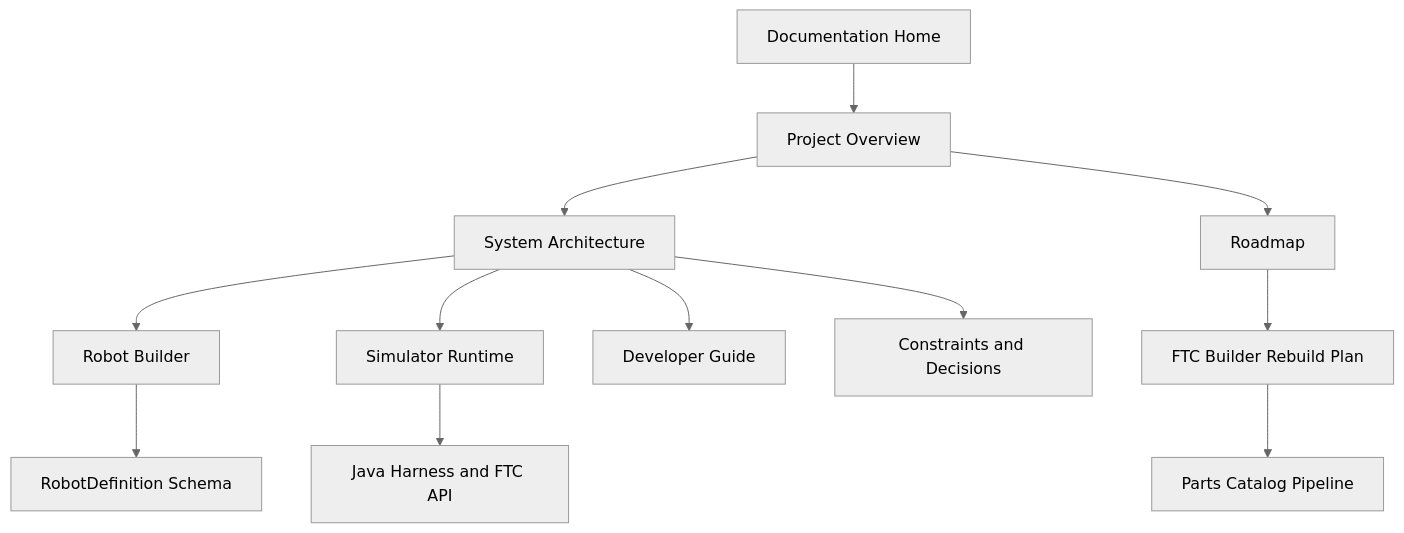
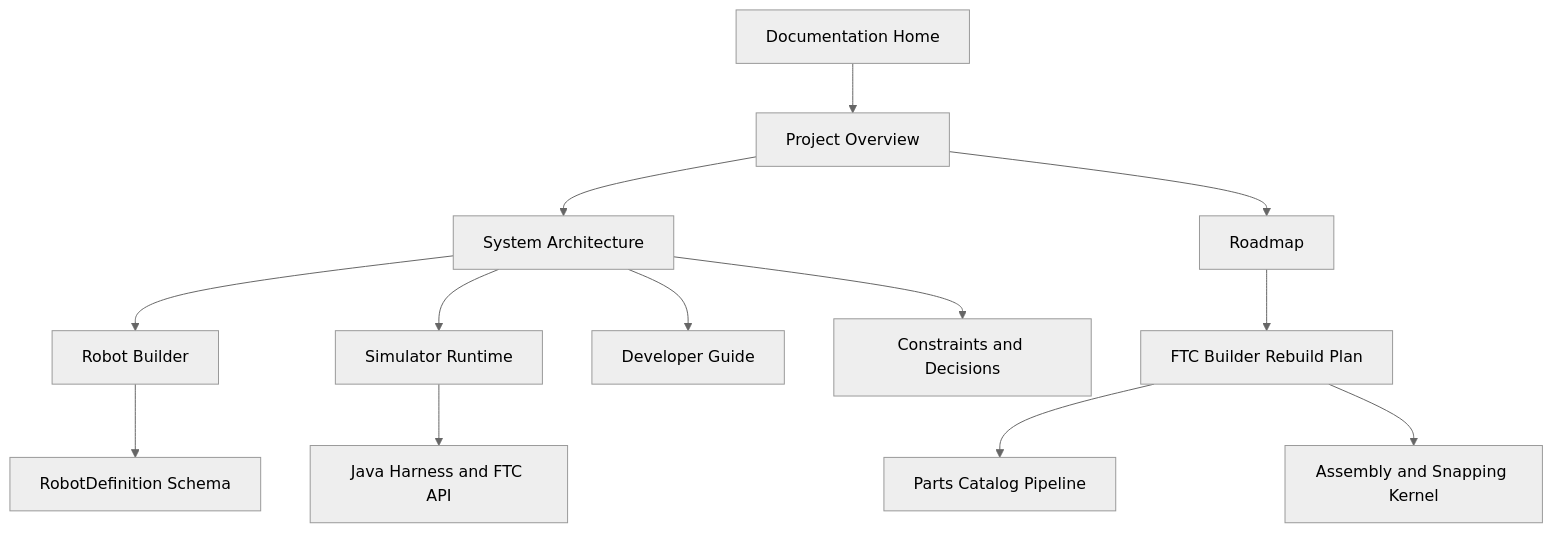
The diagram in documentation/README.md (jpkaiser2/Code-A-Robot-Simulator), drawn with Mermaid (neutral theme) before and after one commit. The commit also changed other lines of this file and 14 other files, not shown here.

Commit message:
Assembly and Snapping Kernel

````diff
--- a/documentation/README.md
+++ b/documentation/README.md
@@ -40,14 +41,15 @@
 ```mermaid
 flowchart TD
     Home[Documentation Home] --> Overview[Project Overview]
     Overview --> Architecture[System Architecture]
     Architecture --> Builder[Robot Builder]
     Architecture --> Runtime[Simulator Runtime]
     Runtime --> Harness[Java Harness and FTC API]
     Builder --> Schema[RobotDefinition Schema]
     Architecture --> Guide[Developer Guide]
     Overview --> Roadmap[Roadmap]
     Architecture --> Decisions[Constraints and Decisions]
     Roadmap --> Rebuild[FTC Builder Rebuild Plan]
     Rebuild --> Catalog[Parts Catalog Pipeline]
+    Rebuild --> Assembly[Assembly and Snapping Kernel]
 ```
````
